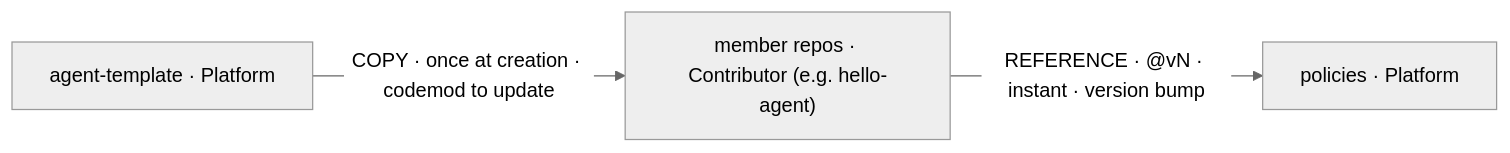
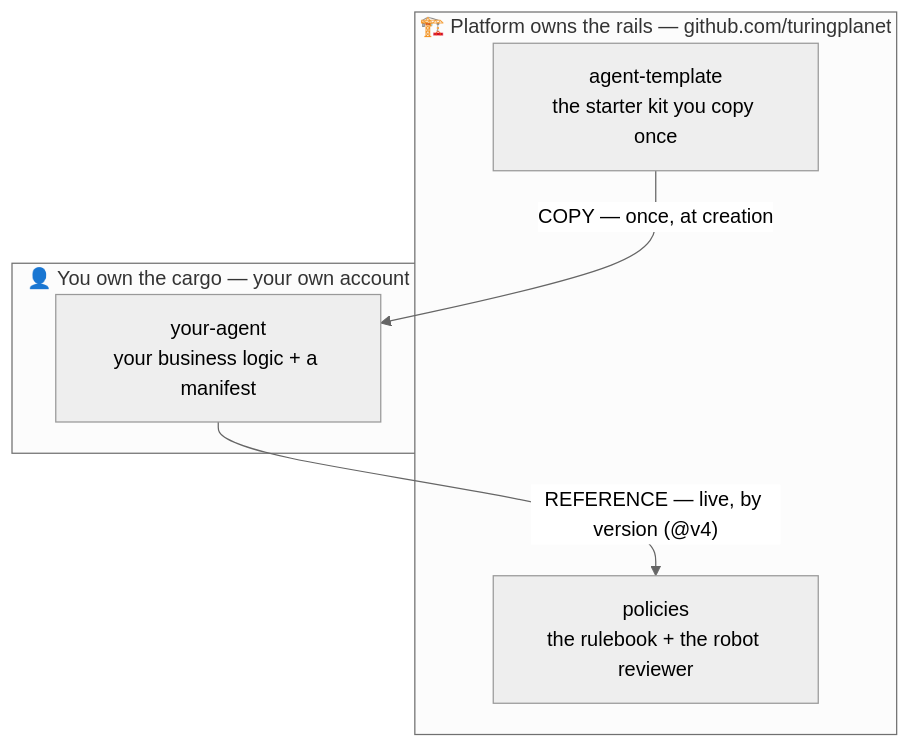
Before and after one commit to turingplanet/agent-legion: the first of 5 diagrams in README.md, drawn with Mermaid (neutral theme). The commit also changed other lines of this file, not shown here.

Commit message:
docs: rewrite README with plain-language explanations + mermaid diagrams

````diff
--- a/README.md
+++ b/README.md
@@ -9,5 +13,12 @@
 ```mermaid
-flowchart LR
-    TPL["agent-template · Platform"] -- "COPY · once at creation · codemod to update" --> MR["member repos · Contributor (e.g. hello-agent)"]
-    MR -- "REFERENCE · @vN · instant · version bump" --> POL["policies · Platform"]
+flowchart TB
+    subgraph Platform["🏗️ Platform owns the rails — github.com/turingplanet"]
+        TPL["agent-template<br/>the starter kit you copy once"]
+        POL["policies<br/>the rulebook + the robot reviewer"]
+    end
+    subgraph You["👤 You own the cargo — your own account"]
+        MR["your-agent<br/>your business logic + a manifest"]
+    end
+    TPL -- "COPY — once, at creation" --> MR
+    MR -- "REFERENCE — live, by version (@v4)" --> POL
 ```
````
